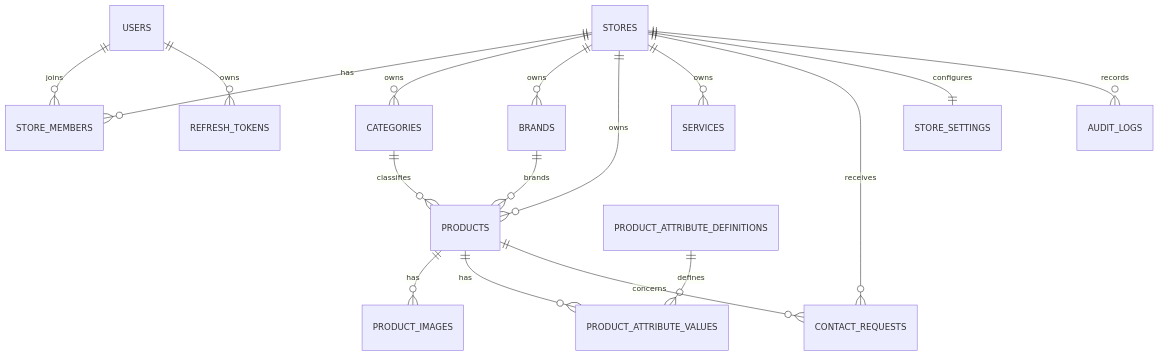
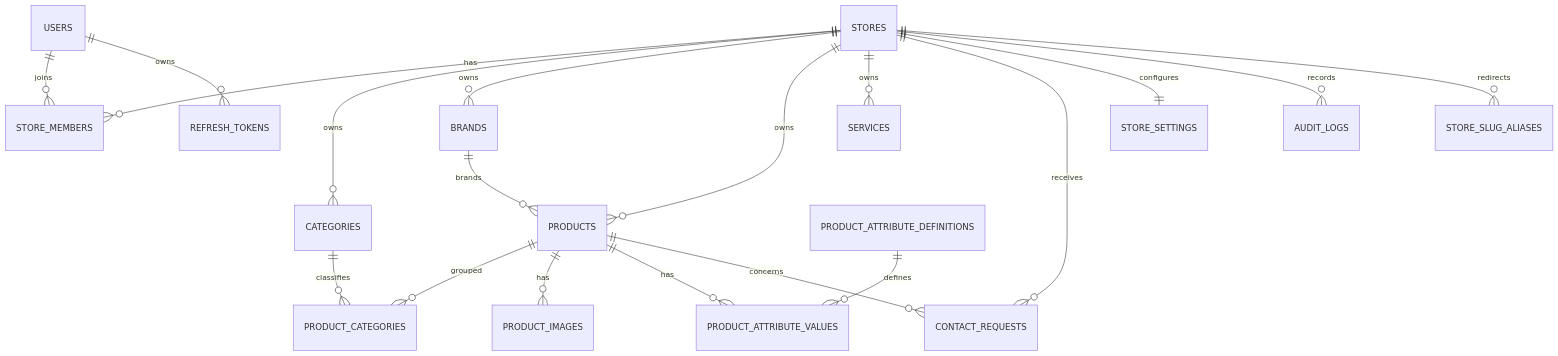
Before and after one commit to nguyenhuy238/Home-Hub: the diagram in docs/04-DATABASE-DESIGN.md, drawn with Mermaid. The commit also changed other lines of this file and 21 other files, not shown here.

````diff
--- a/docs/04-DATABASE-DESIGN.md
+++ b/docs/04-DATABASE-DESIGN.md
@@ -9,19 +9,21 @@
 ```mermaid
 erDiagram
     USERS ||--o{ STORE_MEMBERS : joins
     STORES ||--o{ STORE_MEMBERS : has
     STORES ||--o{ CATEGORIES : owns
     STORES ||--o{ BRANDS : owns
     STORES ||--o{ PRODUCTS : owns
     STORES ||--o{ SERVICES : owns
-    CATEGORIES ||--o{ PRODUCTS : classifies
+    CATEGORIES ||--o{ PRODUCT_CATEGORIES : classifies
+    PRODUCTS ||--o{ PRODUCT_CATEGORIES : grouped
     BRANDS ||--o{ PRODUCTS : brands
     PRODUCTS ||--o{ PRODUCT_IMAGES : has
     PRODUCTS ||--o{ PRODUCT_ATTRIBUTE_VALUES : has
     PRODUCT_ATTRIBUTE_DEFINITIONS ||--o{ PRODUCT_ATTRIBUTE_VALUES : defines
     STORES ||--o{ CONTACT_REQUESTS : receives
     PRODUCTS ||--o{ CONTACT_REQUESTS : concerns
     STORES ||--|| STORE_SETTINGS : configures
     USERS ||--o{ REFRESH_TOKENS : owns
     STORES ||--o{ AUDIT_LOGS : records
+    STORES ||--o{ STORE_SLUG_ALIASES : redirects
 ```
````
